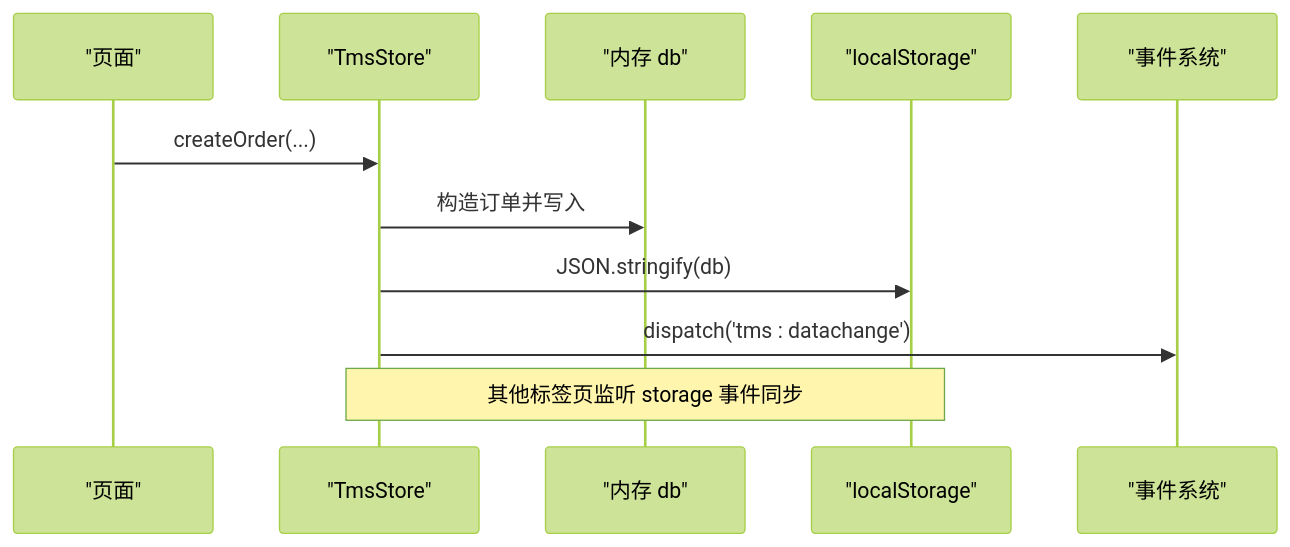
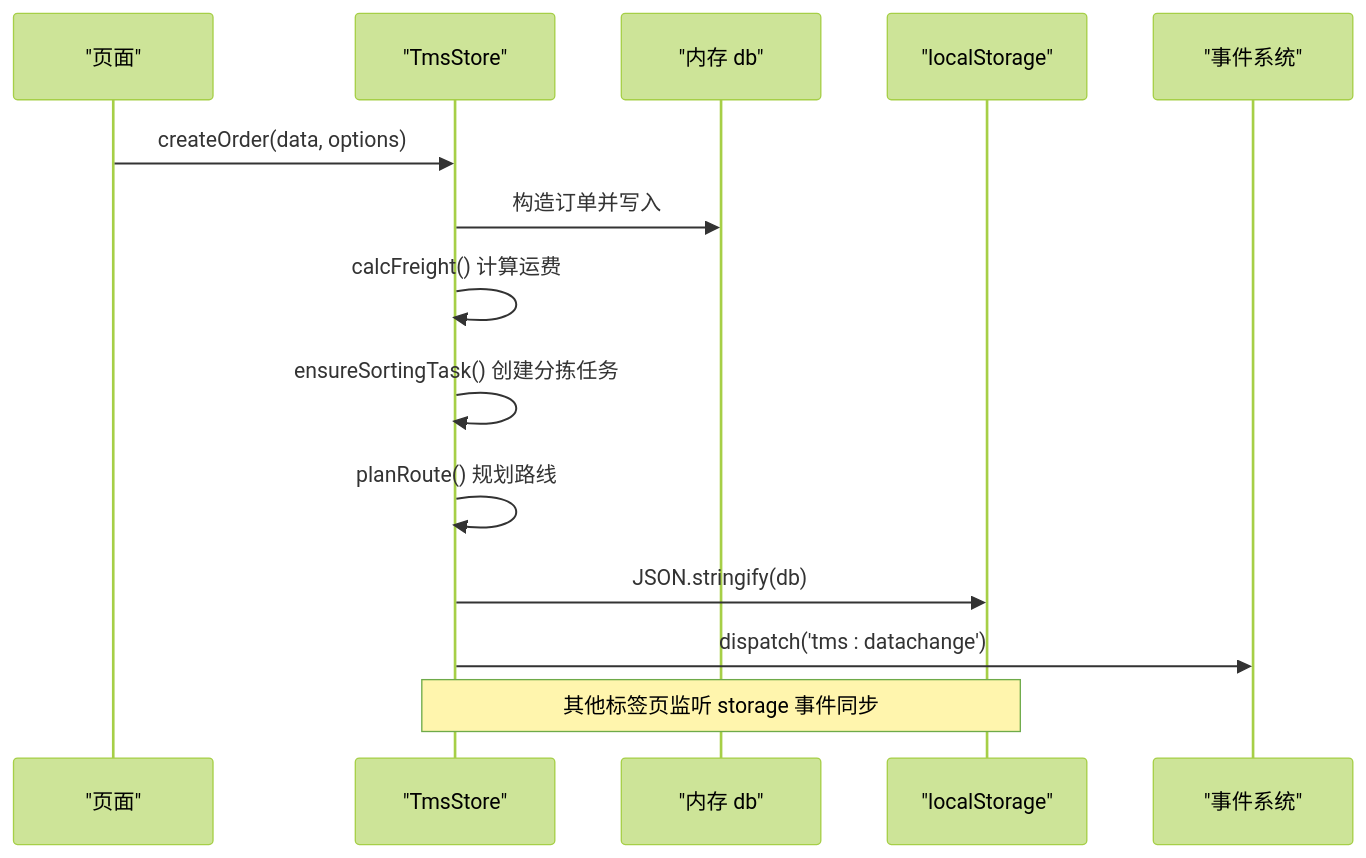
One commit to PengLine/blog-tms changed the second of 16 diagrams in .qoder/repowiki/zh/content/系统架构设计/数据层设计/数据层设计.md. Above: the diagram before and after it, drawn with Mermaid (forest theme). The commit also changed other lines of this file and 101 other files, not shown here.

````diff
--- a/.qoder/repowiki/zh/content/系统架构设计/数据层设计/数据层设计.md
+++ b/.qoder/repowiki/zh/content/系统架构设计/数据层设计/数据层设计.md
@@ -59,13 +71,16 @@
 ```mermaid
 sequenceDiagram
 participant Page as "页面"
 participant Store as "TmsStore"
 participant Mem as "内存 db"
 participant LS as "localStorage"
 participant Event as "事件系统"
-Page->>Store : createOrder(...)
+Page->>Store : createOrder(data, options)
 Store->>Mem : 构造订单并写入
+Store->>Store : calcFreight() 计算运费
+Store->>Store : ensureSortingTask() 创建分拣任务
+Store->>Store : planRoute() 规划路线
 Store->>LS : JSON.stringify(db)
 Store->>Event : dispatch('tms : datachange')
 Note over Store,LS : 其他标签页监听 storage 事件同步
 ```
````
